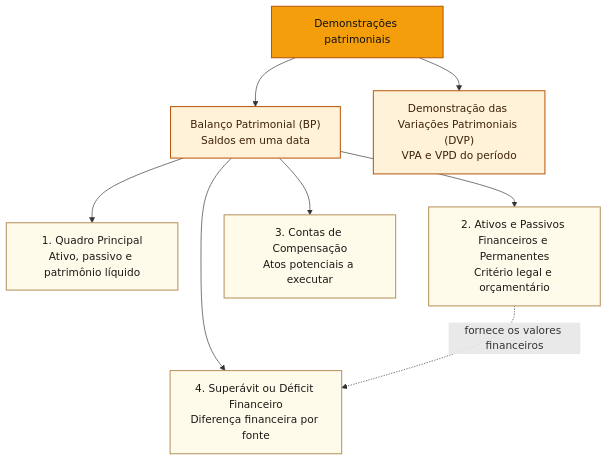
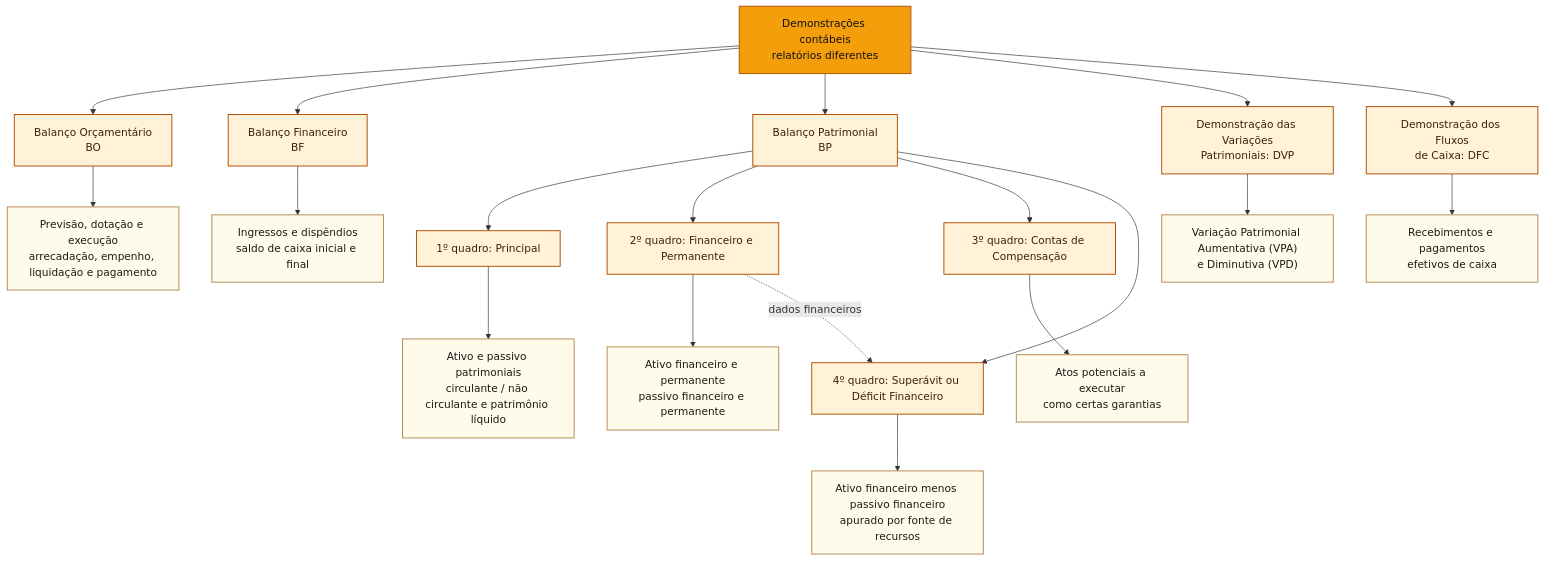
The diagram in 3 - Materias/Contabilidade Publica/03 - balanco patrimonial e demonstracao das variacoes patrimoniais.md (leorruas/concursos), drawn with Mermaid before and after one commit. The commit also changed other lines of this file, not shown here.

Commit message:
docs: mapear demonstracoes quadros e conceitos contabeis em Mermaid no artigo BP

````diff
--- a/3 - Materias/Contabilidade Publica/03 - balanco patrimonial e demonstracao das variacoes patrimoniais.md
+++ b/3 - Materias/Contabilidade Publica/03 - balanco patrimonial e demonstracao das variacoes patrimoniais.md
@@ -48,16 +50,25 @@
 ```mermaid
 flowchart TB
-    R["Demonstrações patrimoniais"]:::raiz
-    BP["Balanço Patrimonial (BP)<br/>Saldos em uma data"]:::criterio
-    DVP["Demonstração das Variações Patrimoniais (DVP)<br/>VPA e VPD do período"]:::criterio
-    R --> BP
-    R --> DVP
-    BP --> Q1["1. Quadro Principal<br/>Ativo, passivo e patrimônio líquido"]:::opcao
-    BP --> Q2["2. Ativos e Passivos Financeiros e Permanentes<br/>Critério legal e orçamentário"]:::opcao
-    BP --> Q3["3. Contas de Compensação<br/>Atos potenciais a executar"]:::opcao
-    BP --> Q4["4. Superávit ou Déficit Financeiro<br/>Diferença financeira por fonte"]:::opcao
-    Q2 -. fornece os valores financeiros .-> Q4
+    R["Demonstrações contábeis<br/>relatórios diferentes"]:::raiz
+    R --> BO["Balanço Orçamentário<br/>BO"]:::criterio
+    R --> BF["Balanço Financeiro<br/>BF"]:::criterio
+    R --> BP["Balanço Patrimonial<br/>BP"]:::criterio
+    R --> DVP["Demonstração das Variações<br/>Patrimoniais: DVP"]:::criterio
+    R --> DFC["Demonstração dos Fluxos<br/>de Caixa: DFC"]:::criterio
+    BO --> O["Previsão, dotação e execução<br/>arrecadação, empenho, liquidação e pagamento"]:::opcao
+    BF --> F["Ingressos e dispêndios<br/>saldo de caixa inicial e final"]:::opcao
+    BP --> Q1["1º quadro: Principal"]:::criterio
+    BP --> Q2["2º quadro: Financeiro e Permanente"]:::criterio
+    BP --> Q3["3º quadro: Contas de Compensação"]:::criterio
+    BP --> Q4["4º quadro: Superávit ou Déficit Financeiro"]:::criterio
+    Q1 --> P1["Ativo e passivo patrimoniais<br/>circulante / não circulante e patrimônio líquido"]:::opcao
+    Q2 --> P2["Ativo financeiro e permanente<br/>passivo financeiro e permanente"]:::opcao
+    Q3 --> P3["Atos potenciais a executar<br/>como certas garantias"]:::opcao
+    Q4 --> P4["Ativo financeiro menos passivo financeiro<br/>apurado por fonte de recursos"]:::opcao
+    Q2 -. dados financeiros .-> Q4
+    DVP --> V["Variação Patrimonial Aumentativa (VPA)<br/>e Diminutiva (VPD)"]:::opcao
+    DFC --> C["Recebimentos e pagamentos<br/>efetivos de caixa"]:::opcao
     classDef raiz fill:#f59e0b,color:#111111,stroke:#b45309,stroke-width:1.5px
     classDef criterio fill:#fff2d9,color:#3d2207,stroke:#b45309,stroke-width:1.5px
     classDef opcao fill:#fffbeb,color:#1c1917,stroke:#b68d58,stroke-width:1.5px
 ```
````
